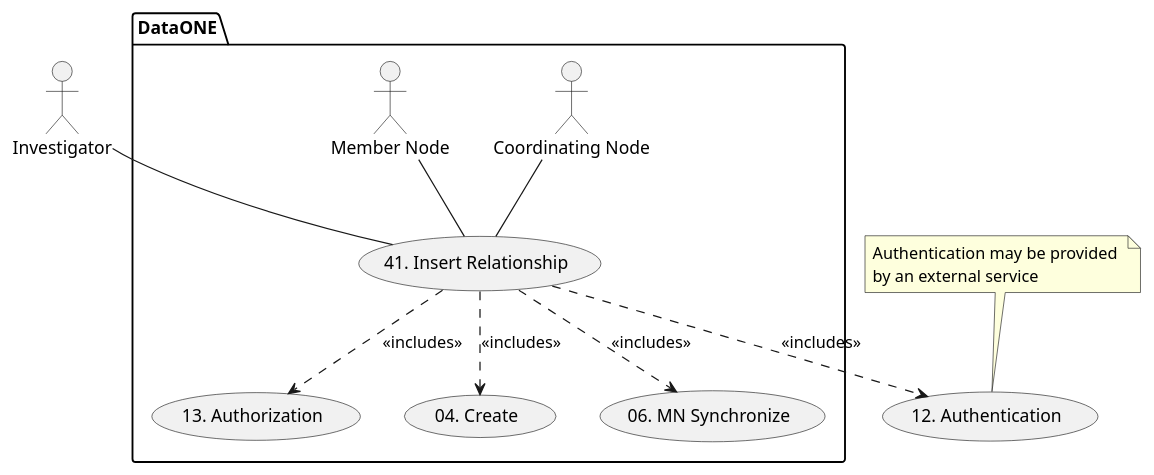
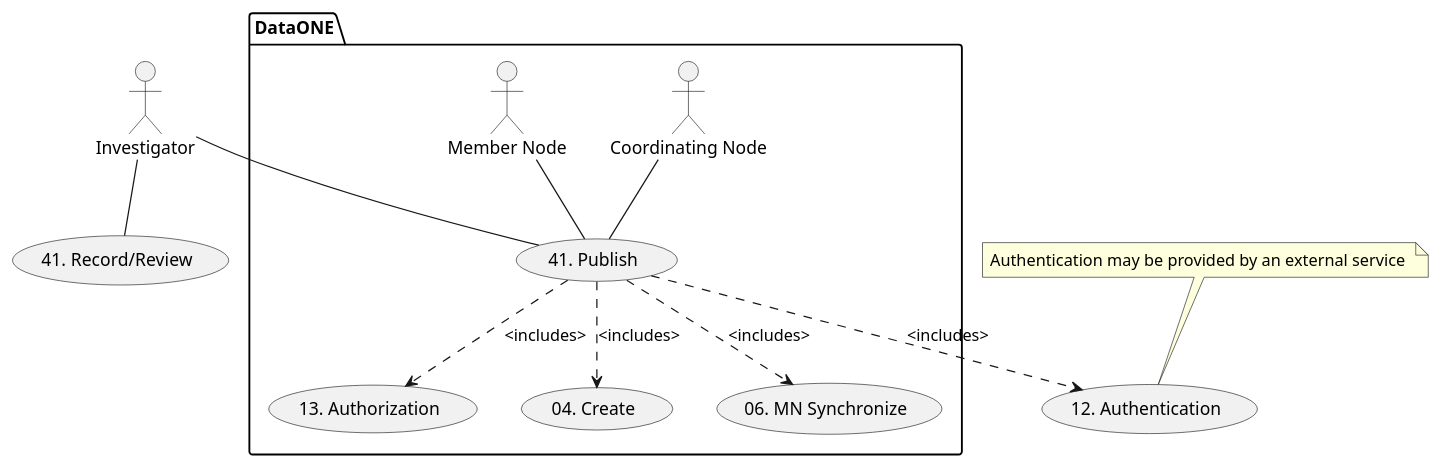
One commit to DataONEorg/sem-prov-design changed the first of 2 diagrams in docs/use-cases/provenance/use-case-41.md. Above: the diagram before and after it, drawn with PlantUML. The commit also changed other lines of this file and 3 other files, not shown here.

Commit message:
update use case 41 diagrams with record(), view(), publish()

```diff
--- a/docs/use-cases/provenance/use-case-41.md
+++ b/docs/use-cases/provenance/use-case-41.md
@@ -3,24 +3,28 @@
-@startuml images/41_uc.png
-actor "Investigator" as client
-usecase "12. Authentication" as authen
-note top of authen
-   Authentication may be provided 
-   by an external service
-   end note
-   
-package "DataONE"{
-actor "Coordinating Node" as CN
-actor "Member Node" as MN
-usecase "13. Authorization" as author
-usecase "41. Insert Relationship" as insert_rel
-usecase "04. Create" as create
-usecase "06. MN Synchronize" as mn_sync
-client -- insert_rel
-CN -- insert_rel
-MN -- insert_rel
-insert_rel ..> author: <<includes>>
-insert_rel ..> authen: <<includes>>
-insert_rel ..> create: <<includes>>
-insert_rel ..> mn_sync: <<includes>>
-}
-@enduml 
+  @startuml images/41_uc.png 
+
+    actor "Investigator" as client 
+    usecase "41. Record/Review" as record
+    client -- record
+
+  usecase "12. Authentication" as authen 
+  note top of authen 
+    Authentication may be provided by an external service 
+  end note
+  
+  package "DataONE" { 
+    actor "Coordinating Node" as CN 
+    actor "Member Node" as MN 
+    usecase "13. Authorization" as author 
+    usecase "04. Create" as create 
+    usecase "41. Publish" as publish
+    usecase "06. MN Synchronize" as mn_sync 
+    client -- publish
+    CN -- publish
+    MN -- publish 
+    publish ..> author: <includes> 
+    publish ..> authen: <includes> 
+    publish ..> mn_sync: <includes> 
+    publish ..> create: <includes>
+  } 
+ 
+  @enduml
```
